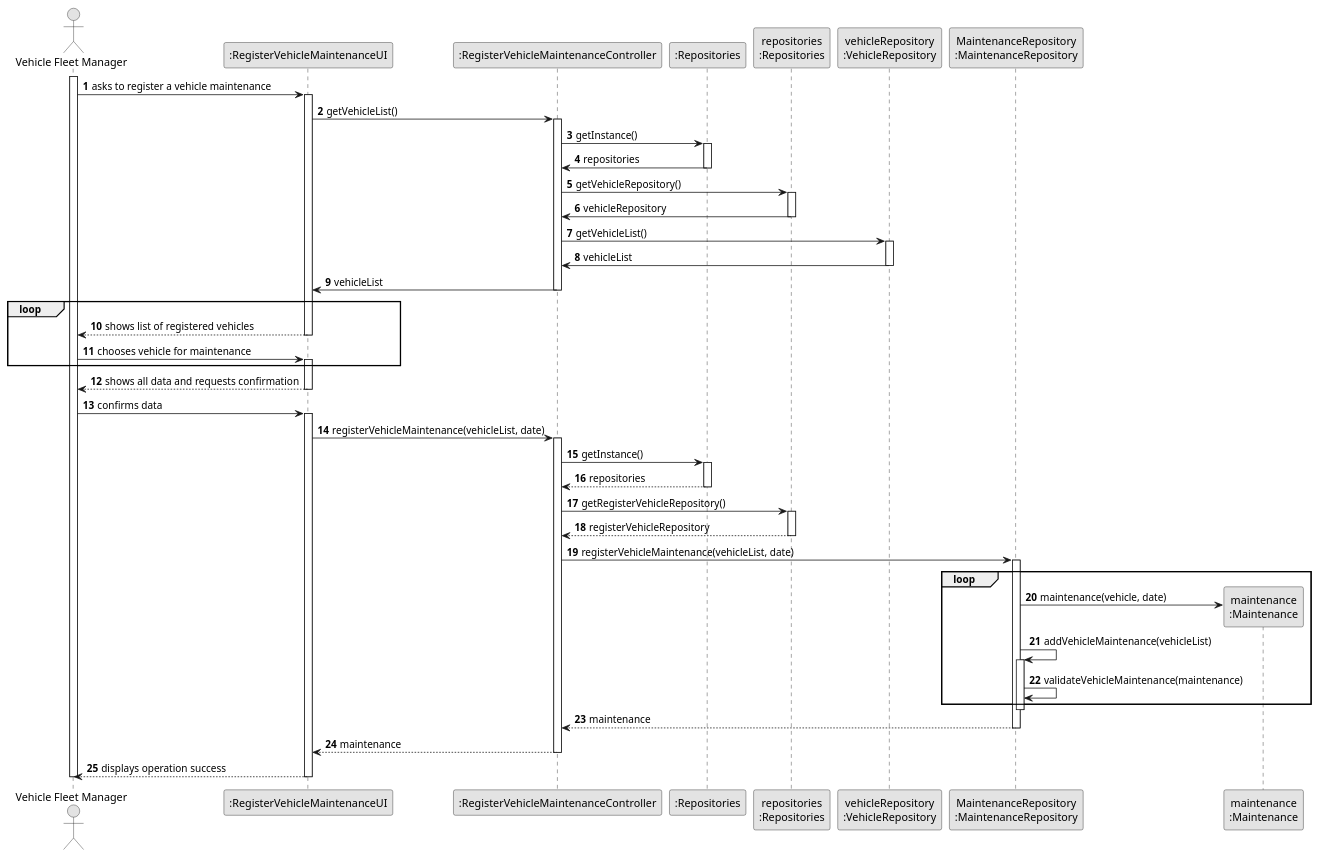
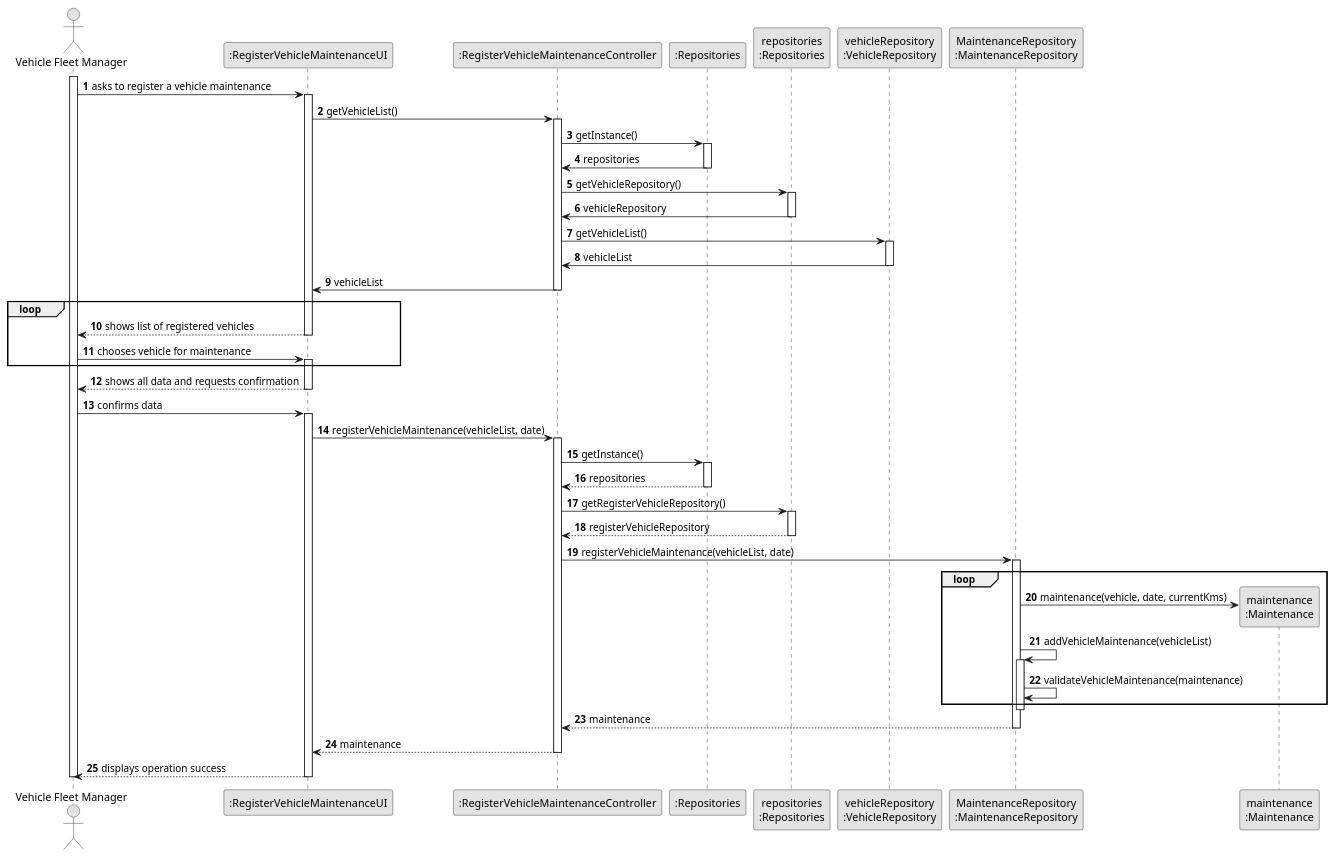
One commit to diogoveirospro/lei-24-s2-1dg-g072 changed the diagram in docs/sprintC/us007/03.design/puml/us007-sequence-diagram-full.puml. Above: the diagram before and after it, drawn with PlantUML. The commit also changed 2 other files, not shown here.

```diff
--- a/docs/sprintC/us007/03.design/puml/us007-sequence-diagram-full.puml
+++ b/docs/sprintC/us007/03.design/puml/us007-sequence-diagram-full.puml
@@ -1,96 +1,96 @@
 @startuml
 skinparam monochrome true
 skinparam packageStyle rectangle
 skinparam shadowing false
 
 autonumber
 
 'hide footbox
 actor "Vehicle Fleet Manager" as ADM
 participant ":RegisterVehicleMaintenanceUI" as UI
 participant ":RegisterVehicleMaintenanceController" as CTRL
 participant ":Repositories" as RepositorySingleton
 participant "repositories\n:Repositories" as PLAT
 participant "vehicleRepository\n:VehicleRepository" as VREP
 participant "MaintenanceRepository\n:MaintenanceRepository" as MREP
 participant "maintenance\n:Maintenance" as MAINTENANCE
 
 activate ADM
 
         ADM -> UI : asks to register a vehicle maintenance
 
         activate UI
 
         UI -> CTRL : getVehicleList()
             activate CTRL
 
             CTRL -> RepositorySingleton : getInstance()
             activate RepositorySingleton
 
                 RepositorySingleton -> CTRL : repositories
             deactivate RepositorySingleton
             CTRL -> PLAT : getVehicleRepository()
             activate PLAT
 
             PLAT -> CTRL : vehicleRepository
             deactivate PLAT
 
             CTRL -> VREP : getVehicleList()
             activate VREP
 
             VREP -> CTRL : vehicleList
             deactivate VREP
 
             CTRL -> UI : vehicleList
             deactivate CTRL
 
             loop
             UI --> ADM : shows list of registered vehicles
             deactivate UI
 
             ADM -> UI : chooses vehicle for maintenance
             activate UI
             end
             UI --> ADM : shows all data and requests confirmation
             deactivate UI
             ADM -> UI : confirms data
             activate UI
             UI -> CTRL : registerVehicleMaintenance(vehicleList, date)
             activate CTRL
 
                 CTRL -> RepositorySingleton : getInstance()
                 activate RepositorySingleton
 
                     RepositorySingleton --> CTRL: repositories
                 deactivate RepositorySingleton
 
                 CTRL -> PLAT : getRegisterVehicleRepository()
                 activate PLAT
 
                     PLAT --> CTRL: registerVehicleRepository
                 deactivate PLAT
 
                 CTRL -> MREP : registerVehicleMaintenance(vehicleList, date)
                 loop
                 activate MREP
 
-                MREP -> MAINTENANCE**: maintenance(vehicle, date)
+                MREP -> MAINTENANCE**: maintenance(vehicle, date, currentKms)
 
                 MREP -> MREP: addVehicleMaintenance(vehicleList)
 
                  activate MREP
                      MREP -> MREP: validateVehicleMaintenance(maintenance)
                  end
                  deactivate MREP
                                 MREP --> CTRL : maintenance
                             deactivate MREP
 
 
             CTRL --> UI: maintenance
             deactivate CTRL
             UI --> ADM: displays operation success
     deactivate UI
 
 deactivate ADM
 
 @enduml
```
